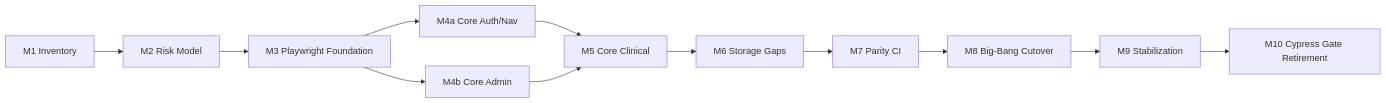
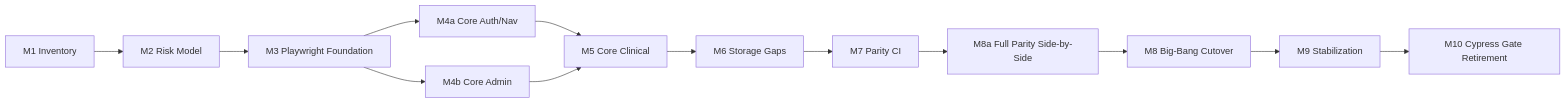
Before and after one commit to DIGI-UW/OpenELIS-Global-2: the diagram in specs/201-e2e-playwright-risk-parity/plan.md, drawn with Mermaid. The commit also changed other lines of this file and 2 other files, not shown here.

Commit message:
docs(plan): add pre-cutover full parity side-by-side milestone

````diff
--- a/specs/201-e2e-playwright-risk-parity/plan.md
+++ b/specs/201-e2e-playwright-risk-parity/plan.md
@@ -100,14 +102,15 @@
 ```mermaid
 graph LR
     M1[M1 Inventory] --> M2[M2 Risk Model]
     M2 --> M3[M3 Playwright Foundation]
     M3 --> M4a[M4a Core Auth/Nav]
     M3 --> M4b[M4b Core Admin]
     M4a --> M5[M5 Core Clinical]
     M4b --> M5
     M5 --> M6[M6 Storage Gaps]
     M6 --> M7[M7 Parity CI]
-    M7 --> M8[M8 Big-Bang Cutover]
+    M7 --> M8a[M8a Full Parity Side-by-Side]
+    M8a --> M8[M8 Big-Bang Cutover]
     M8 --> M9[M9 Stabilization]
     M9 --> M10[M10 Cypress Gate Retirement]
 ```
````
